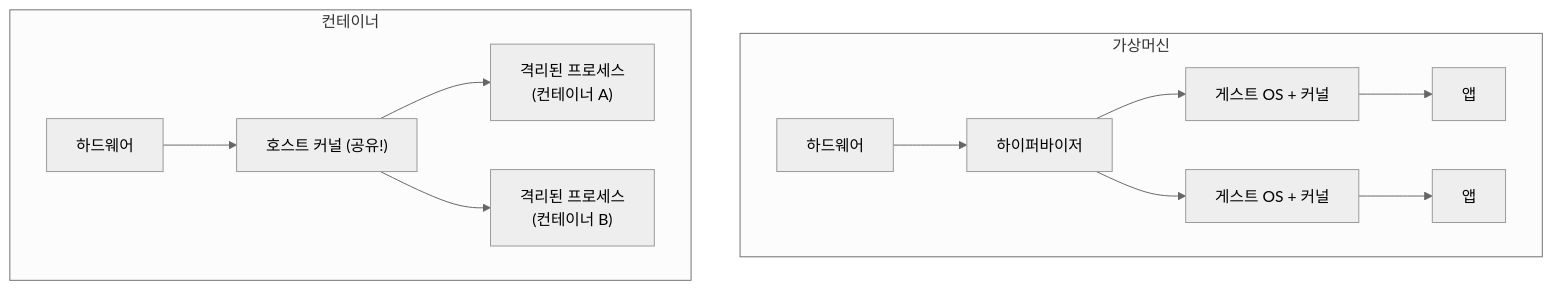
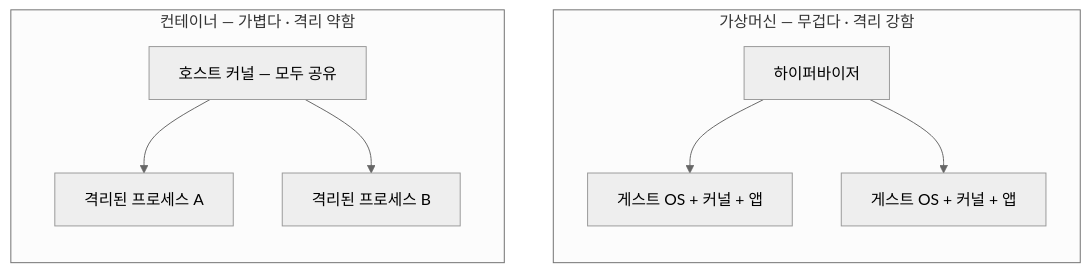
Before and after one commit to kahnco/kahnco_page: the first of 3 diagrams in blog/src/posts/how-containers-work.md, drawn with Mermaid (neutral theme). The commit also changed 1 other file, not shown here.

Commit message:
fix(blog): Mermaid 다이어그램 축소 문제 해결 (자연 크기 + 가로 스크롤)
- mermaid SVG의 max-width 제한 제거 → 자연 크기로 렌더, 좁으면 가로 스크롤/넓으면 중앙
- 컨테이너 글 VM/컨테이너 다이어그램 노드 축소로 간결화

````diff
--- a/blog/src/posts/how-containers-work.md
+++ b/blog/src/posts/how-containers-work.md
@@ -20,15 +20,13 @@
 ```mermaid
 flowchart TB
-    subgraph VM["가상머신"]
-      HW1["하드웨어"] --> HV["하이퍼바이저"]
-      HV --> G1["게스트 OS + 커널"]
-      HV --> G2["게스트 OS + 커널"]
-      G1 --> AppV1["앱"]
-      G2 --> AppV2["앱"]
+    subgraph VM["가상머신 — 무겁다 · 격리 강함"]
+      direction TB
+      HV["하이퍼바이저"] --> G1["게스트 OS + 커널 + 앱"]
+      HV --> G2["게스트 OS + 커널 + 앱"]
     end
-    subgraph CT["컨테이너"]
-      HW2["하드웨어"] --> HK["호스트 커널 (공유!)"]
-      HK --> C1["격리된 프로세스<br/>(컨테이너 A)"]
-      HK --> C2["격리된 프로세스<br/>(컨테이너 B)"]
+    subgraph CT["컨테이너 — 가볍다 · 격리 약함"]
+      direction TB
+      HK["호스트 커널 — 모두 공유"] --> C1["격리된 프로세스 A"]
+      HK --> C2["격리된 프로세스 B"]
     end
 ```
````
